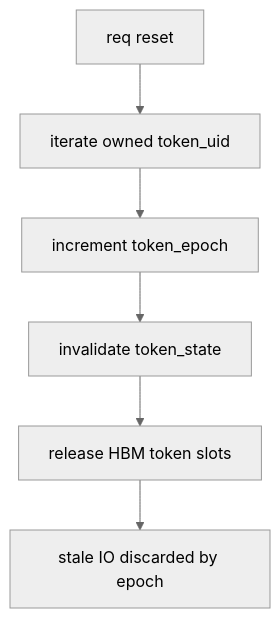
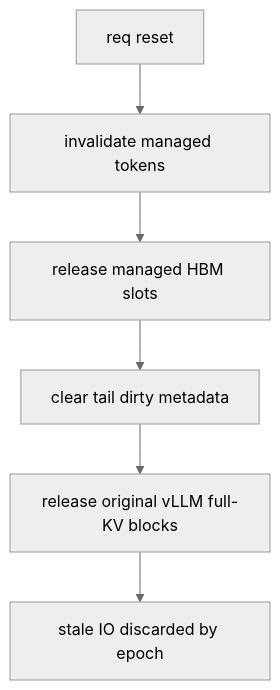
One commit to ykfnxx/ASU-Ascend changed the sixth of 6 diagrams in docs/draft/2026-06-02-npu-hbm-kvcache-management-draft.md. Above: the diagram before and after it, drawn with Mermaid (neutral theme). The commit also changed other lines of this file, not shown here.

Commit message:
Split KVCache managed and tail lookup paths

````diff
--- a/docs/draft/2026-06-02-npu-hbm-kvcache-management-draft.md
+++ b/docs/draft/2026-06-02-npu-hbm-kvcache-management-draft.md
@@ -911,8 +978,8 @@
 ```mermaid
 flowchart TB
-    A["req reset"] --> B["iterate owned token_uid"]
-    B --> C["increment token_epoch"]
-    C --> D["invalidate token_state"]
-    D --> E["release HBM token slots"]
+    A["req reset"] --> B["invalidate managed tokens"]
+    B --> C["release managed HBM slots"]
+    C --> D["clear tail dirty metadata"]
+    D --> E["release original vLLM full-KV blocks"]
     E --> F["stale IO discarded by epoch"]
 ```
````
